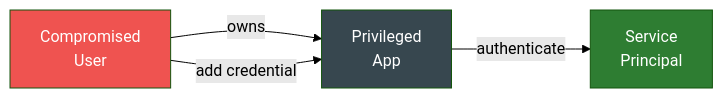
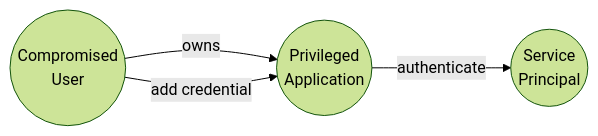
One commit to mvelazc0/BadZure changed the third of 6 diagrams in docs/attack-paths/app-ownership-abuse.md. Above: the diagram before and after it, drawn with Mermaid (forest theme). The commit also changed other lines of this file and 5 other files, not shown here.

Commit message:
improving documentation graphs

````diff
--- a/docs/attack-paths/app-ownership-abuse.md
+++ b/docs/attack-paths/app-ownership-abuse.md
@@ -46,10 +45,6 @@
     ``` mermaid
     graph LR
-        U["Compromised<br/>User"] -->|"owns"| APP["Privileged<br/>App"]
+        U(("Compromised<br/>User")) -->|"owns"| APP(("Privileged<br/>Application"))
         U -->|"add credential"| APP
-        APP -->|"authenticate"| SP["Service<br/>Principal"]
-
-        style U fill:#ef5350,color:#fff
-        style APP fill:#37474f,color:#fff
-        style SP fill:#2e7d32,color:#fff
+        APP -->|"authenticate"| SP(("Service<br/>Principal"))
     ```
````
